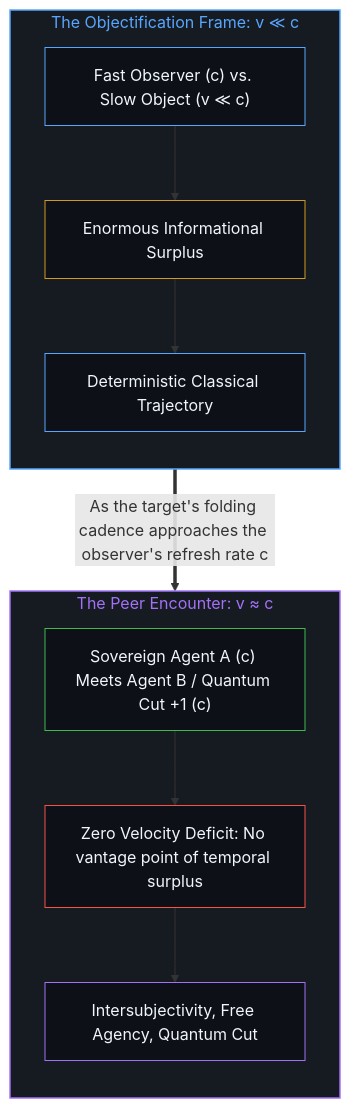
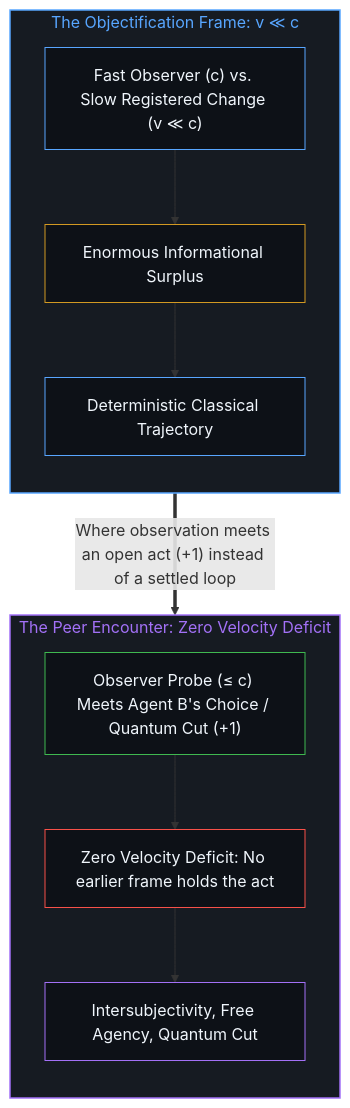
One commit to powerpig99/not-a-toe changed the eighth of 10 diagrams in content/posts/the-velocity-of-visibility.md. Above: the diagram before and after it, drawn with Mermaid. The commit also changed other lines of this file and 27 other files, not shown here.

````diff
--- a/content/posts/the-velocity-of-visibility.md
+++ b/content/posts/the-velocity-of-visibility.md
@@ -238,26 +238,26 @@
 ```mermaid
 flowchart TD
     subgraph S_Objectify["The Objectification Frame: v ≪ c"]
         direction TB
-        ObserverFast["Fast Observer (c) vs. Slow Object (v ≪ c)"]
+        ObserverFast["Fast Observer (c) vs. Slow Registered Change (v ≪ c)"]
         Surplus["Enormous Informational Surplus"]
         Mechanics["Deterministic Classical Trajectory"]
         ObserverFast --> Surplus --> Mechanics
     end
-    subgraph S_Peer["The Peer Encounter: v ≈ c"]
+    subgraph S_Peer["The Peer Encounter: Zero Velocity Deficit"]
         direction TB
-        PeerMeet["Sovereign Agent A (c) Meets Agent B / Quantum Cut +1 (c)"]
-        ZeroDeficit["Zero Velocity Deficit: No vantage point of temporal surplus"]
+        PeerMeet["Observer Probe (≤ c) Meets Agent B's Choice / Quantum Cut (+1)"]
+        ZeroDeficit["Zero Velocity Deficit: No earlier frame holds the act"]
         Indeterminacy["Intersubjectivity, Free Agency, Quantum Cut"]
         PeerMeet --> ZeroDeficit --> Indeterminacy
     end
-    Mechanics ==>|"As the target's folding cadence approaches the observer's refresh rate c"| PeerMeet
+    Mechanics ==>|"Where observation meets an open act (+1) instead of a settled loop"| PeerMeet
     style S_Objectify fill:#161b22,stroke:#58a6ff,stroke-width:1.5px,color:#58a6ff
     style S_Peer fill:#161b22,stroke:#a371f7,stroke-width:1.5px,color:#a371f7
     style ObserverFast fill:#0d1117,stroke:#58a6ff,stroke-width:1px,color:#f0f6fc
     style Surplus fill:#0d1117,stroke:#d29922,stroke-width:1px,color:#f0f6fc
     style Mechanics fill:#0d1117,stroke:#58a6ff,stroke-width:1px,color:#f0f6fc
     style PeerMeet fill:#0d1117,stroke:#3fb950,stroke-width:1px,color:#f0f6fc
     style ZeroDeficit fill:#0d1117,stroke:#f85149,stroke-width:1px,color:#f0f6fc
     style Indeterminacy fill:#0d1117,stroke:#a371f7,stroke-width:1px,color:#f0f6fc
 ```
````
